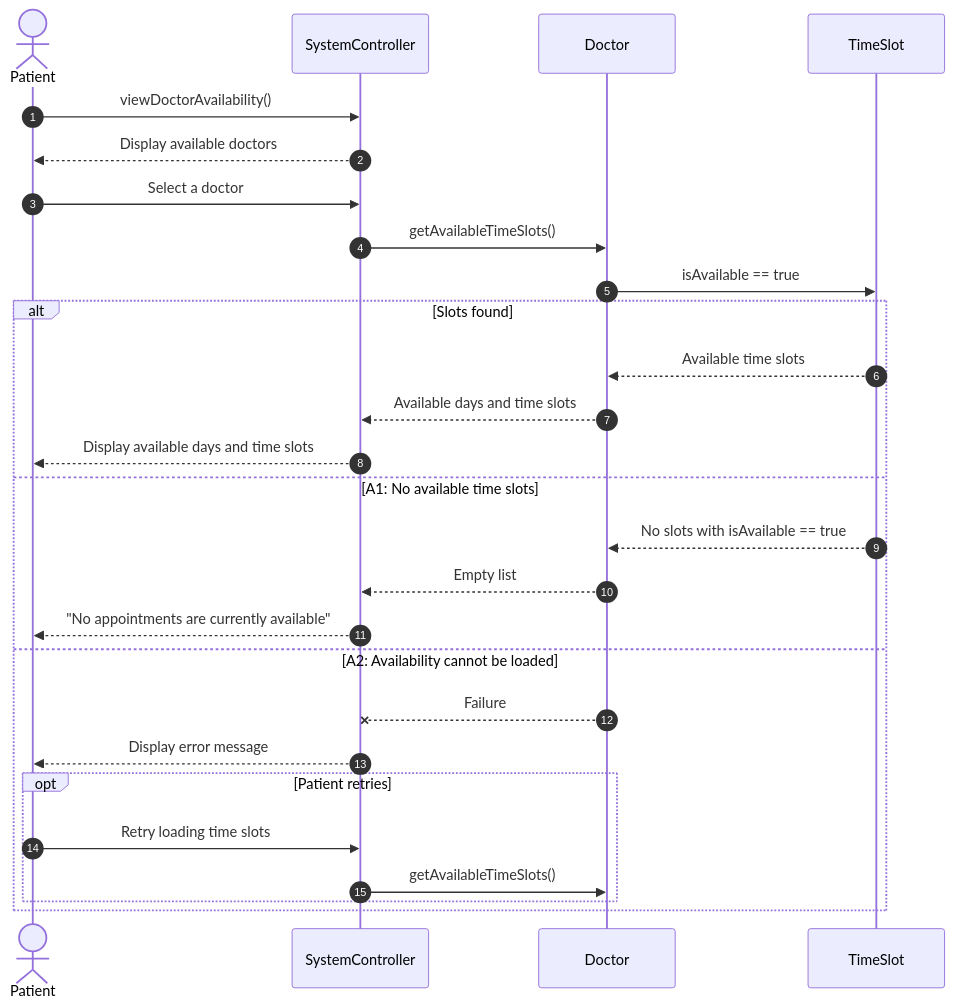
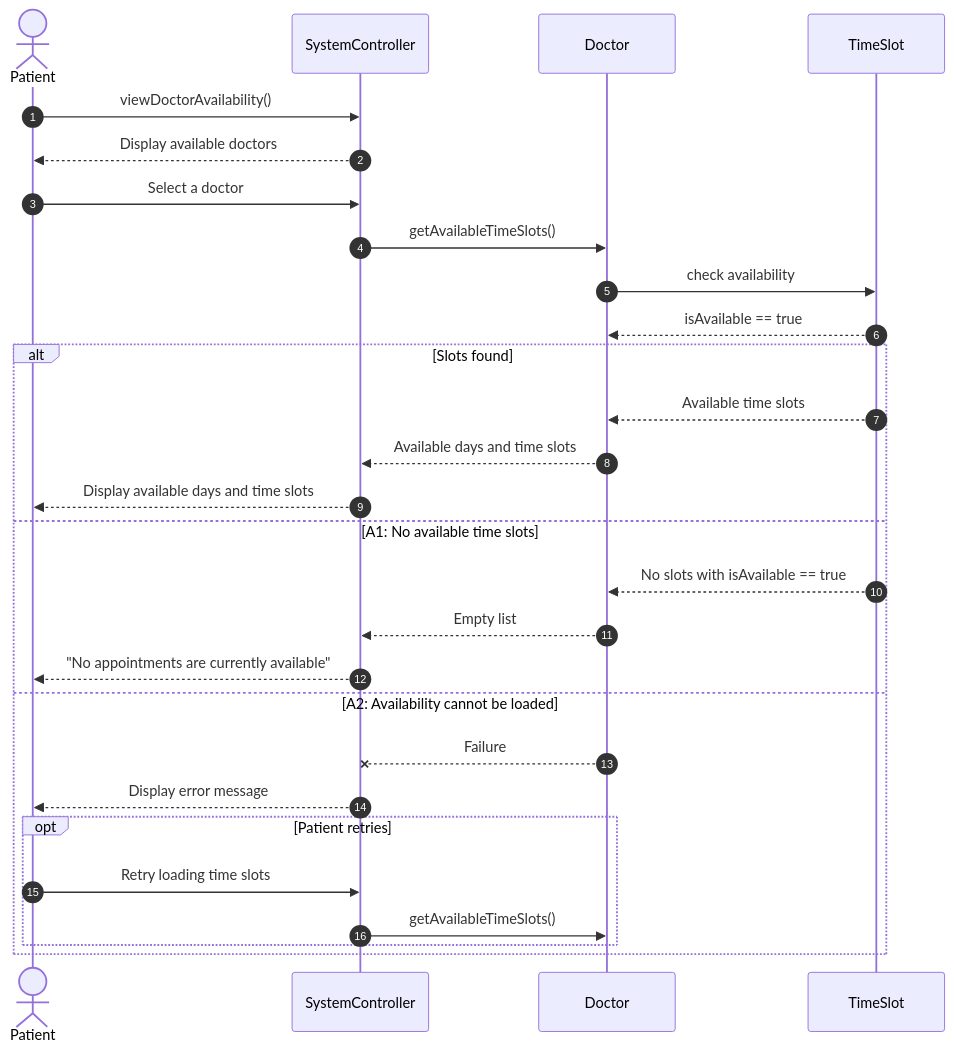
One commit to Ahmed7731/Clinic-Appointments-System changed the first of 4 diagrams in sequence_diagrams .md. Above: the diagram before and after it, drawn with Mermaid. The commit also changed other lines of this file, not shown here.

First line of the commit message:
Clarify availability check and authorization in diagram

````diff
--- a/sequence_diagrams .md
+++ b/sequence_diagrams .md
@@ -5,30 +5,31 @@
 ```mermaid
 sequenceDiagram
     autonumber
     actor P as Patient
     participant SC as SystemController
     participant D as Doctor
     participant T as TimeSlot
 
     P->>SC: viewDoctorAvailability()
     SC-->>P: Display available doctors
     P->>SC: Select a doctor
     SC->>D: getAvailableTimeSlots()
-    D->>T: isAvailable == true
+    D->>T: check availability
+    T-->>D: isAvailable == true
     alt Slots found
         T-->>D: Available time slots
         D-->>SC: Available days and time slots
         SC-->>P: Display available days and time slots
     else A1: No available time slots
         T-->>D: No slots with isAvailable == true
         D-->>SC: Empty list
         SC-->>P: "No appointments are currently available"
     else A2: Availability cannot be loaded
         D--xSC: Failure
         SC-->>P: Display error message
         opt Patient retries
             P->>SC: Retry loading time slots
             SC->>D: getAvailableTimeSlots()
         end
     end
 ```
````
